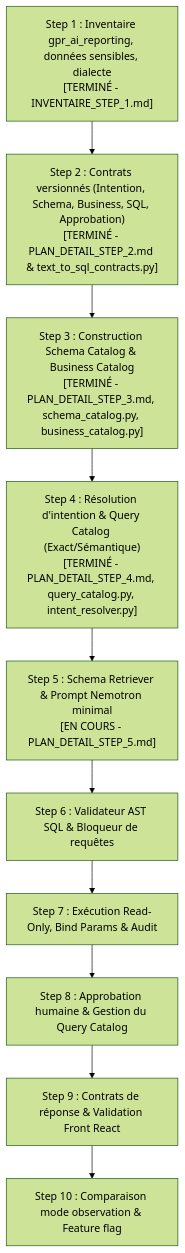
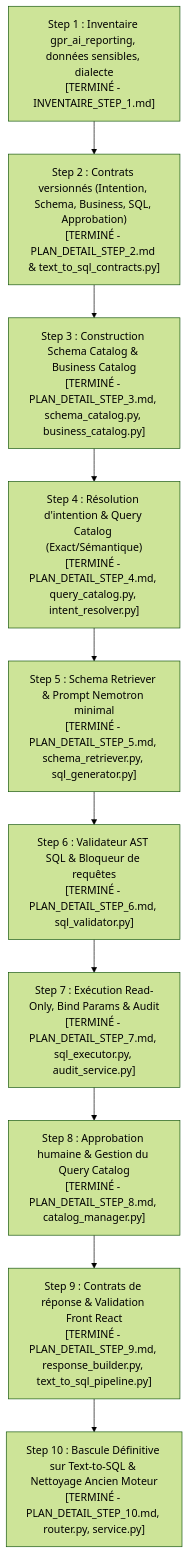
Before and after one commit to sicmaDev/gpr_ai_service: the second of 2 diagrams in docs/PLAN_IMPLANTATION_REPORTING_TEXT_TO_SQL.md, drawn with Mermaid (forest theme). The commit also changed other lines of this file and 8 other files, not shown here.

````diff
--- a/docs/PLAN_IMPLANTATION_REPORTING_TEXT_TO_SQL.md
+++ b/docs/PLAN_IMPLANTATION_REPORTING_TEXT_TO_SQL.md
@@ -84,12 +84,12 @@
 ```mermaid
 flowchart TD
     S1["Step 1 : Inventaire gpr_ai_reporting, données sensibles, dialecte\n[TERMINÉ - INVENTAIRE_STEP_1.md]"] --> S2["Step 2 : Contrats versionnés (Intention, Schema, Business, SQL, Approbation)\n[TERMINÉ - PLAN_DETAIL_STEP_2.md & text_to_sql_contracts.py]"]
     S2 --> S3["Step 3 : Construction Schema Catalog & Business Catalog\n[TERMINÉ - PLAN_DETAIL_STEP_3.md, schema_catalog.py, business_catalog.py]"]
     S3 --> S4["Step 4 : Résolution d'intention & Query Catalog (Exact/Sémantique)\n[TERMINÉ - PLAN_DETAIL_STEP_4.md, query_catalog.py, intent_resolver.py]"]
-    S4 --> S5["Step 5 : Schema Retriever & Prompt Nemotron minimal\n[EN COURS - PLAN_DETAIL_STEP_5.md]"]
-    S5 --> S6["Step 6 : Validateur AST SQL & Bloqueur de requêtes"]
-    S6 --> S7["Step 7 : Exécution Read-Only, Bind Params & Audit"]
-    S7 --> S8["Step 8 : Approbation humaine & Gestion du Query Catalog"]
-    S8 --> S9["Step 9 : Contrats de réponse & Validation Front React"]
-    S9 --> S10["Step 10 : Comparaison mode observation & Feature flag"]
+    S4 --> S5["Step 5 : Schema Retriever & Prompt Nemotron minimal\n[TERMINÉ - PLAN_DETAIL_STEP_5.md, schema_retriever.py, sql_generator.py]"]
+    S5 --> S6["Step 6 : Validateur AST SQL & Bloqueur de requêtes\n[TERMINÉ - PLAN_DETAIL_STEP_6.md, sql_validator.py]"]
+    S6 --> S7["Step 7 : Exécution Read-Only, Bind Params & Audit\n[TERMINÉ - PLAN_DETAIL_STEP_7.md, sql_executor.py, audit_service.py]"]
+    S7 --> S8["Step 8 : Approbation humaine & Gestion du Query Catalog\n[TERMINÉ - PLAN_DETAIL_STEP_8.md, catalog_manager.py]"]
+    S8 --> S9["Step 9 : Contrats de réponse & Validation Front React\n[TERMINÉ - PLAN_DETAIL_STEP_9.md, response_builder.py, text_to_sql_pipeline.py]"]
+    S9 --> S10["Step 10 : Bascule Définitive sur Text-to-SQL & Nettoyage Ancien Moteur\n[TERMINÉ - PLAN_DETAIL_STEP_10.md, router.py, service.py]"]
 ```
````
